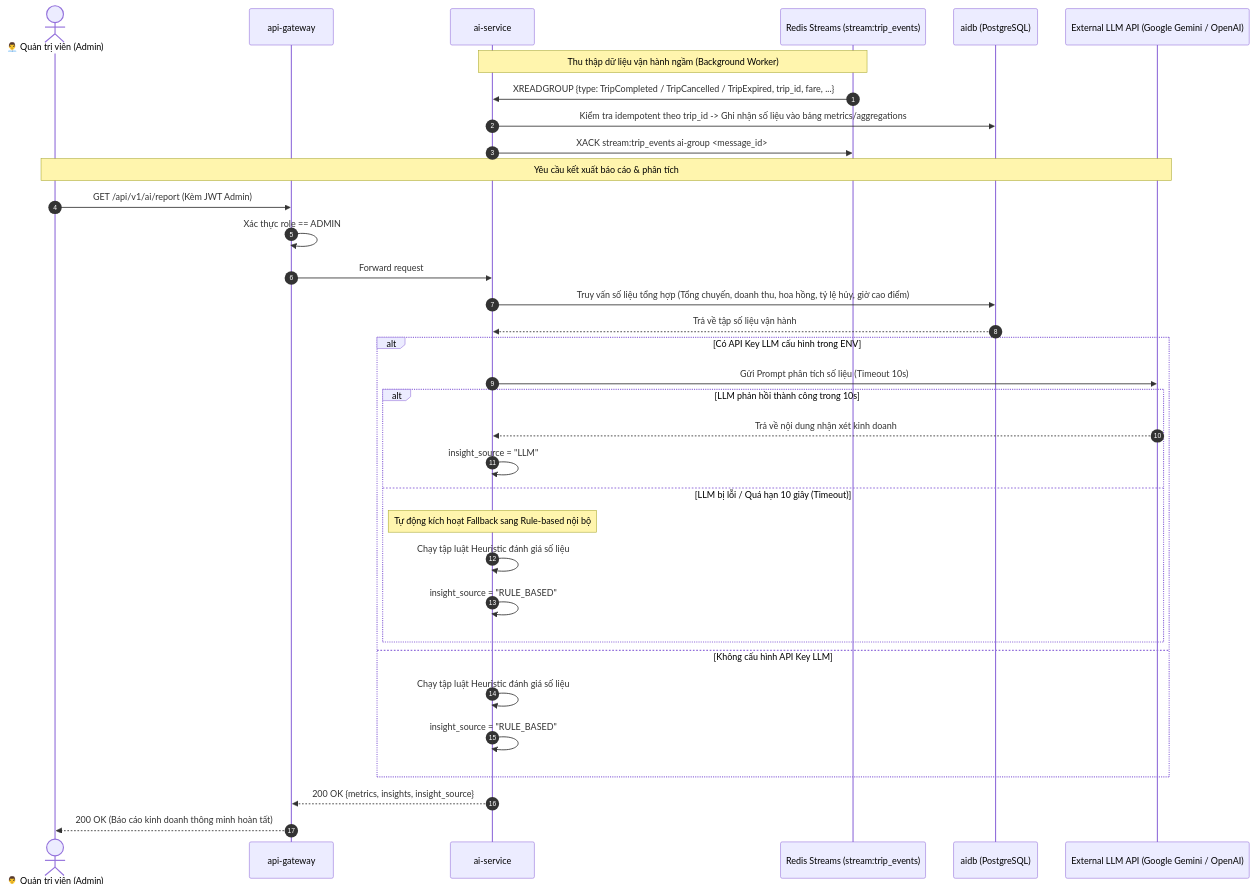
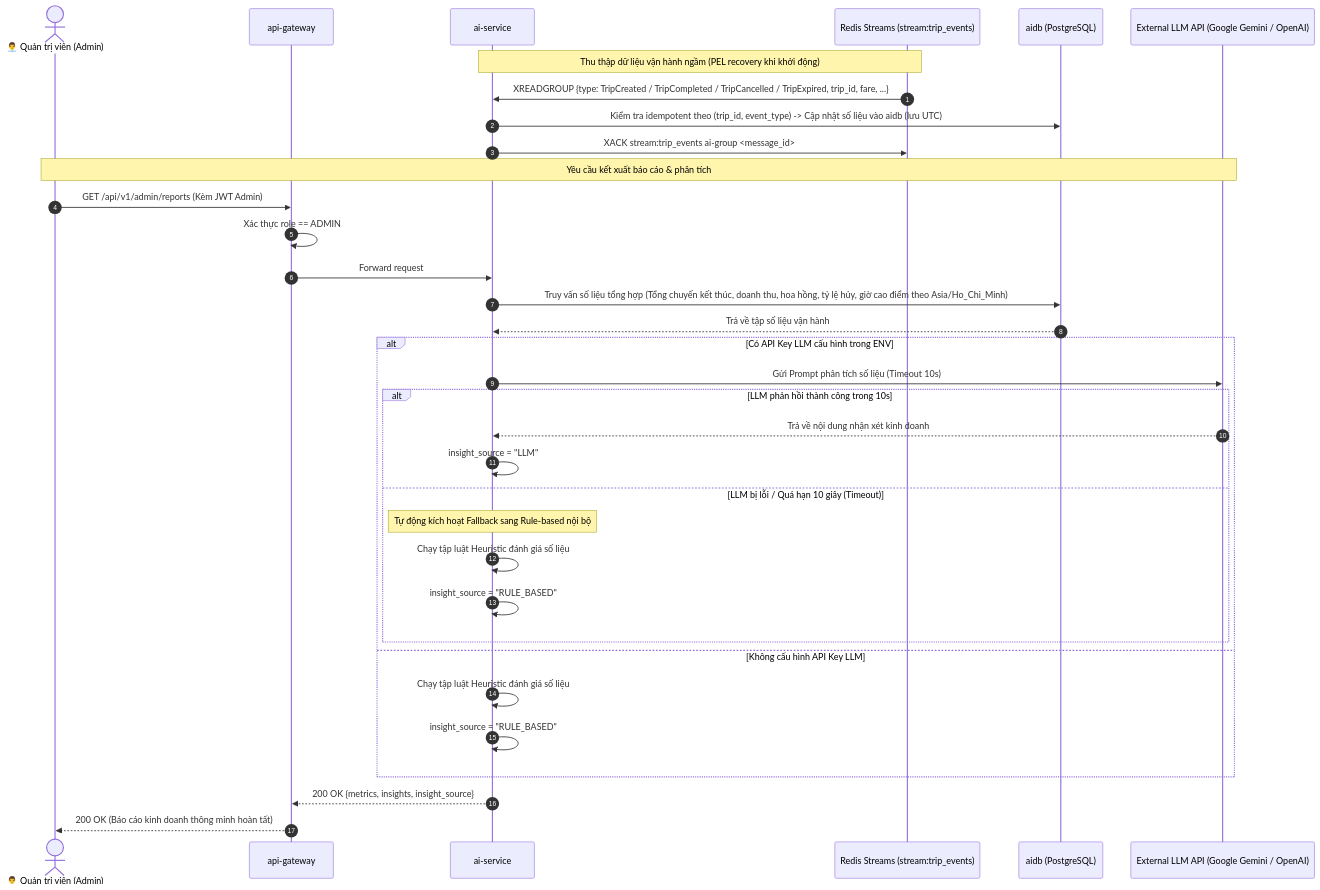
The diagram in docs/02-use-cases/uc-06-thong-ke-ai.md (HaiTrieu186/JB-IOC-PTHB251125_BE105_Devops_Ride_Hailling), drawn with Mermaid before and after one commit. The commit also changed other lines of this file and 5 other files, not shown here.

````diff
--- a/docs/02-use-cases/uc-06-thong-ke-ai.md
+++ b/docs/02-use-cases/uc-06-thong-ke-ai.md
@@ -11,41 +12,41 @@
 ```mermaid
 sequenceDiagram
     autonumber
     actor Admin as 👨‍💼 Quản trị viên (Admin)
     participant Gateway as api-gateway
     participant AISvc as ai-service
     participant RedisStreams as Redis Streams (stream:trip_events)
     participant DB as aidb (PostgreSQL)
     participant LLM as External LLM API (Google Gemini / OpenAI)
 
-    Note over RedisStreams,AISvc: Thu thập dữ liệu vận hành ngầm (Background Worker)
-    RedisStreams->>AISvc: XREADGROUP {type: TripCompleted / TripCancelled / TripExpired, trip_id, fare, ...}
-    AISvc->>DB: Kiểm tra idempotent theo trip_id -> Ghi nhận số liệu vào bảng metrics/aggregations
+    Note over RedisStreams,AISvc: Thu thập dữ liệu vận hành ngầm (PEL recovery khi khởi động)
+    RedisStreams->>AISvc: XREADGROUP {type: TripCreated / TripCompleted / TripCancelled / TripExpired, trip_id, fare, ...}
+    AISvc->>DB: Kiểm tra idempotent theo (trip_id, event_type) -> Cập nhật số liệu vào aidb (lưu UTC)
     AISvc->>RedisStreams: XACK stream:trip_events ai-group <message_id>
 
     Note over Admin,LLM: Yêu cầu kết xuất báo cáo & phân tích
-    Admin->>Gateway: GET /api/v1/ai/report (Kèm JWT Admin)
+    Admin->>Gateway: GET /api/v1/admin/reports (Kèm JWT Admin)
     Gateway->>Gateway: Xác thực role == ADMIN
     Gateway->>AISvc: Forward request
     
-    AISvc->>DB: Truy vấn số liệu tổng hợp (Tổng chuyến, doanh thu, hoa hồng, tỷ lệ hủy, giờ cao điểm)
+    AISvc->>DB: Truy vấn số liệu tổng hợp (Tổng chuyến kết thúc, doanh thu, hoa hồng, tỷ lệ hủy, giờ cao điểm theo Asia/Ho_Chi_Minh)
     DB-->>AISvc: Trả về tập số liệu vận hành
     
     alt Có API Key LLM cấu hình trong ENV
         AISvc->>LLM: Gửi Prompt phân tích số liệu (Timeout 10s)
         alt LLM phản hồi thành công trong 10s
             LLM-->>AISvc: Trả về nội dung nhận xét kinh doanh
             AISvc->>AISvc: insight_source = "LLM"
         else LLM bị lỗi / Quá hạn 10 giây (Timeout)
             Note over AISvc: Tự động kích hoạt Fallback sang Rule-based nội bộ
             AISvc->>AISvc: Chạy tập luật Heuristic đánh giá số liệu
             AISvc->>AISvc: insight_source = "RULE_BASED"
         end
     else Không cấu hình API Key LLM
         AISvc->>AISvc: Chạy tập luật Heuristic đánh giá số liệu
         AISvc->>AISvc: insight_source = "RULE_BASED"
     end
 
     AISvc-->>Gateway: 200 OK {metrics, insights, insight_source}
     Gateway-->>Admin: 200 OK (Báo cáo kinh doanh thông minh hoàn tất)
 ```
````
